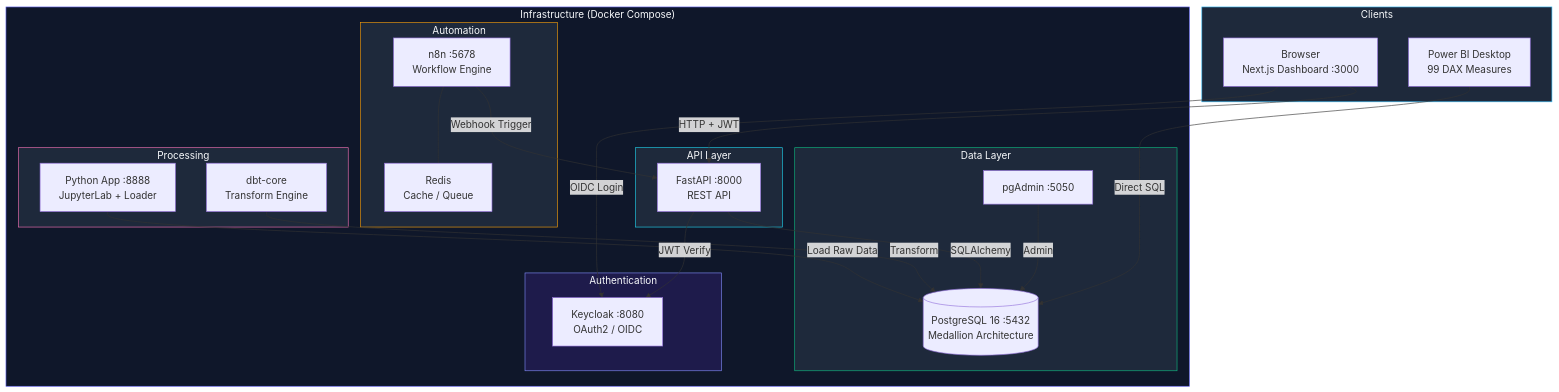
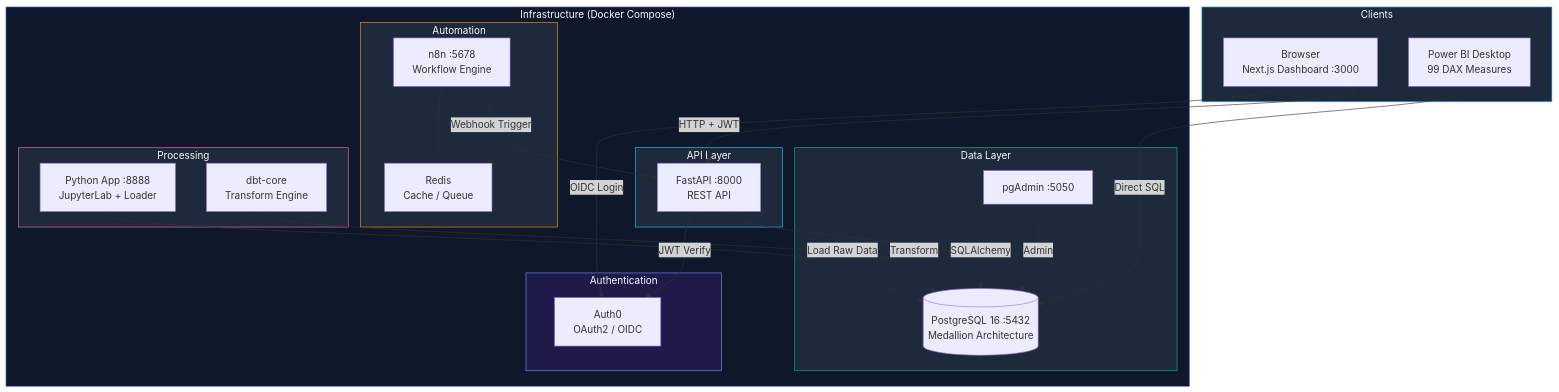
One commit to ahmed-shaaban-94/SAAS changed the first of 7 diagrams in docs/reports/architecture-flowchart.md. Above: the diagram before and after it, drawn with Mermaid. The commit also changed other lines of this file and 20 other files, not shown here.

Commit message:
chore: replace all Keycloak references with Auth0 across docs and source files

````diff
--- a/docs/reports/architecture-flowchart.md
+++ b/docs/reports/architecture-flowchart.md
@@ -5,51 +5,51 @@
 ```mermaid
 flowchart TB
     subgraph CLIENTS["Clients"]
         BROWSER["Browser<br/>Next.js Dashboard :3000"]
         POWERBI["Power BI Desktop<br/>99 DAX Measures"]
     end
 
     subgraph INFRA["Infrastructure (Docker Compose)"]
         subgraph AUTH["Authentication"]
-            KEYCLOAK["Keycloak :8080<br/>OAuth2 / OIDC"]
+            AUTH0["Auth0<br/>OAuth2 / OIDC"]
         end
 
         subgraph API_LAYER["API Layer"]
             FASTAPI["FastAPI :8000<br/>REST API"]
         end
 
         subgraph AUTOMATION["Automation"]
             N8N["n8n :5678<br/>Workflow Engine"]
             REDIS["Redis<br/>Cache / Queue"]
         end
 
         subgraph DATA["Data Layer"]
             POSTGRES[("PostgreSQL 16 :5432<br/>Medallion Architecture")]
             PGADMIN["pgAdmin :5050"]
         end
 
         subgraph PROCESSING["Processing"]
             APP["Python App :8888<br/>JupyterLab + Loader"]
             DBT["dbt-core<br/>Transform Engine"]
         end
     end
 
     BROWSER -->|"HTTP + JWT"| FASTAPI
-    BROWSER -->|"OIDC Login"| KEYCLOAK
+    BROWSER -->|"OIDC Login"| AUTH0
     POWERBI -->|"Direct SQL"| POSTGRES
     FASTAPI -->|"SQLAlchemy"| POSTGRES
-    FASTAPI -->|"JWT Verify"| KEYCLOAK
+    FASTAPI -->|"JWT Verify"| AUTH0
     N8N -->|"Webhook Trigger"| FASTAPI
     N8N --- REDIS
     APP -->|"Load Raw Data"| POSTGRES
     DBT -->|"Transform"| POSTGRES
     PGADMIN -->|"Admin"| POSTGRES
 
     style CLIENTS fill:#1e293b,stroke:#38bdf8,color:#f8fafc
     style INFRA fill:#0f172a,stroke:#6366f1,color:#f8fafc
     style AUTH fill:#1e1b4b,stroke:#818cf8,color:#f8fafc
     style API_LAYER fill:#1e293b,stroke:#22d3ee,color:#f8fafc
     style AUTOMATION fill:#1e293b,stroke:#f59e0b,color:#f8fafc
     style DATA fill:#1e293b,stroke:#10b981,color:#f8fafc
     style PROCESSING fill:#1e293b,stroke:#f472b6,color:#f8fafc
 ```
````
